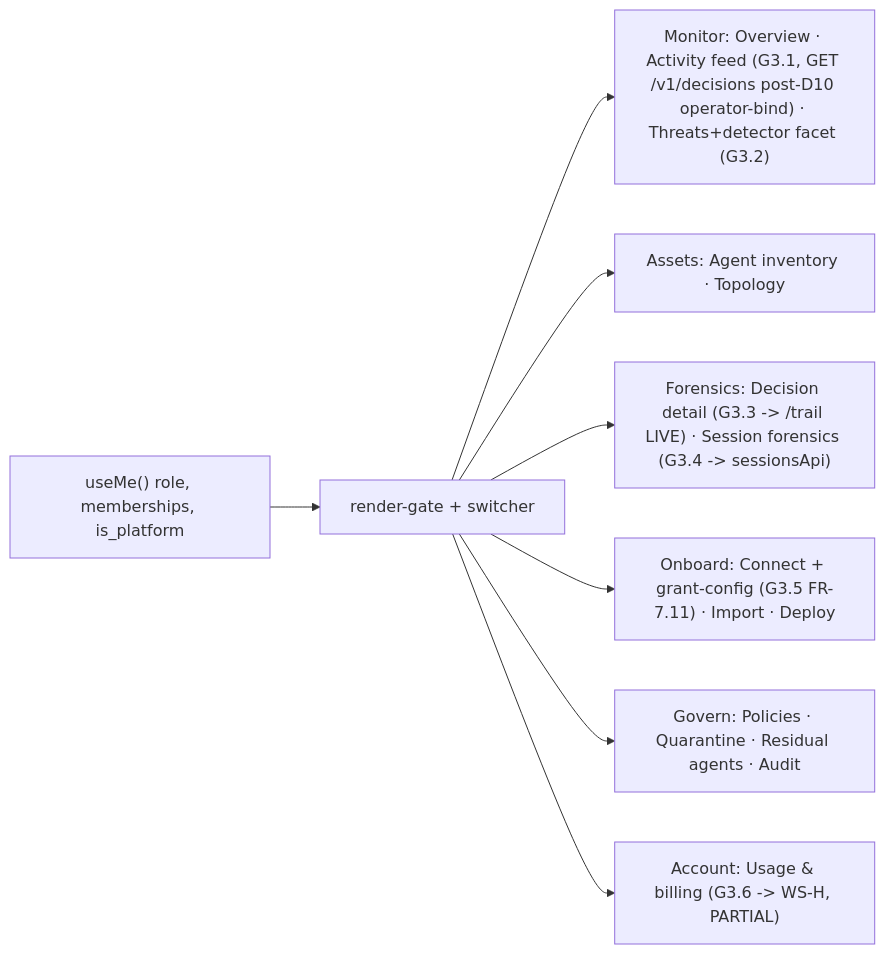
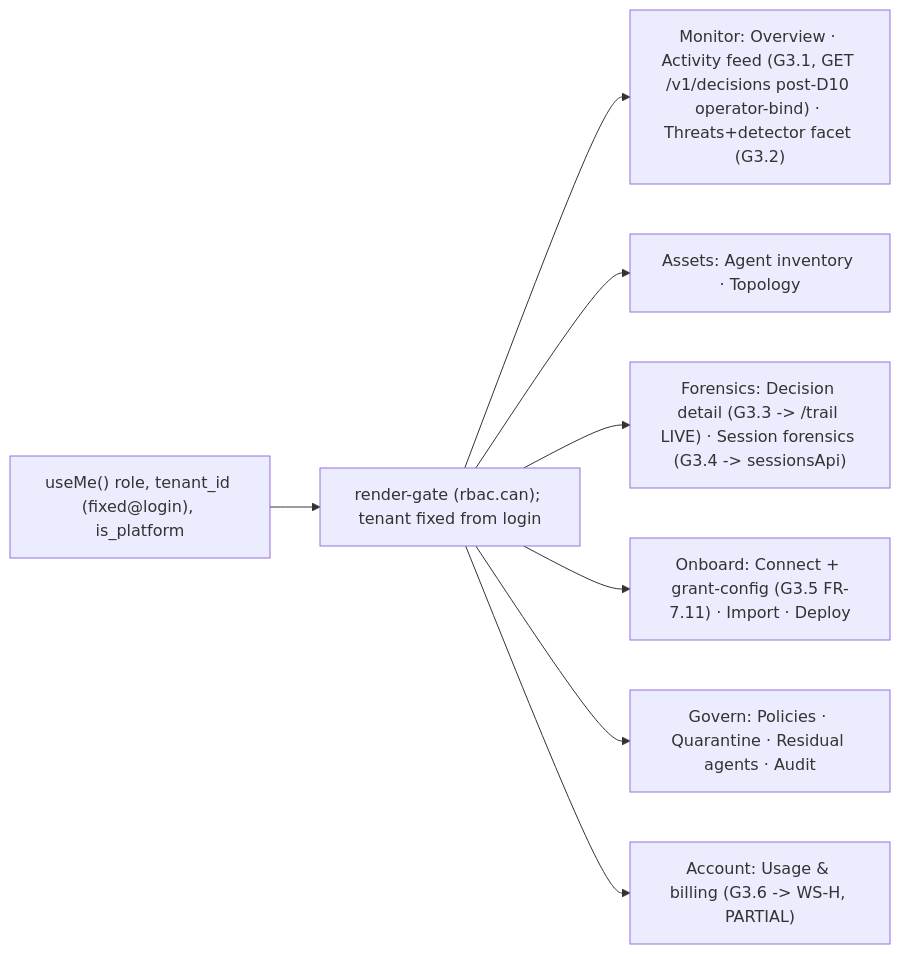
One commit to shashank31mar/Sentra changed the fourth of 7 diagrams in lld/40-multi-tenant-console.md. Above: the diagram before and after it, drawn with Mermaid. The commit also changed other lines of this file and 6 other files, not shown here.

````diff
--- a/lld/40-multi-tenant-console.md
+++ b/lld/40-multi-tenant-console.md
@@ -359,10 +419,10 @@
 ```mermaid
 flowchart LR
-  ME["useMe() role, memberships, is_platform"] --> GATE["render-gate + switcher"]
+  ME["useMe() role, tenant_id (fixed@login), is_platform"] --> GATE["render-gate (rbac.can); tenant fixed from login"]
   GATE --> MON["Monitor: Overview · Activity feed (G3.1, GET /v1/decisions post-D10 operator-bind) · Threats+detector facet (G3.2)"]
   GATE --> ASSET["Assets: Agent inventory · Topology"]
   GATE --> FOR["Forensics: Decision detail (G3.3 -> /trail LIVE) · Session forensics (G3.4 -> sessionsApi)"]
   GATE --> ONB["Onboard: Connect + grant-config (G3.5 FR-7.11) · Import · Deploy"]
   GATE --> GOV["Govern: Policies · Quarantine · Residual agents · Audit"]
   GATE --> ACCT["Account: Usage & billing (G3.6 -> WS-H, PARTIAL)"]
 ```
````
